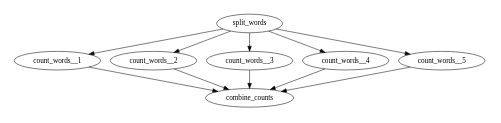
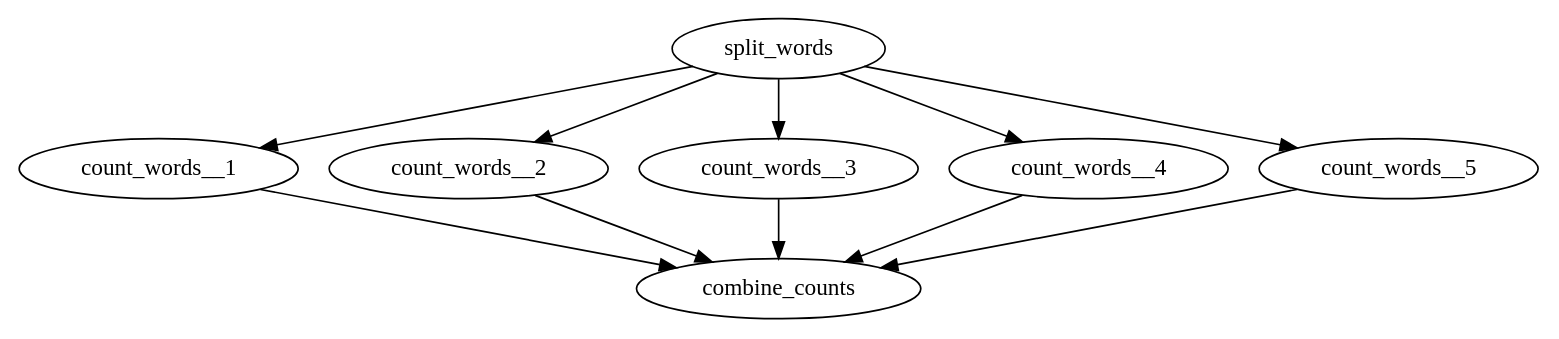
The diagram in examples/basic_diamond/basic_diamond.dot (htcondor/htcondor-dags), drawn with Graphviz before and after one commit. The commit also changed 1 other file, not shown here.

Commit message:
bigger diagram

```diff
--- a/examples/basic_diamond/basic_diamond.dot
+++ b/examples/basic_diamond/basic_diamond.dot
@@ -1,5 +1,4 @@
 digraph G {
-    size ="4,4";
     split_words -> {count_words__1;count_words__2;count_words__3;count_words__4;count_words__5};
     {count_words__1;count_words__2;count_words__3;count_words__4;count_words__5} -> combine_counts;
 }
```
